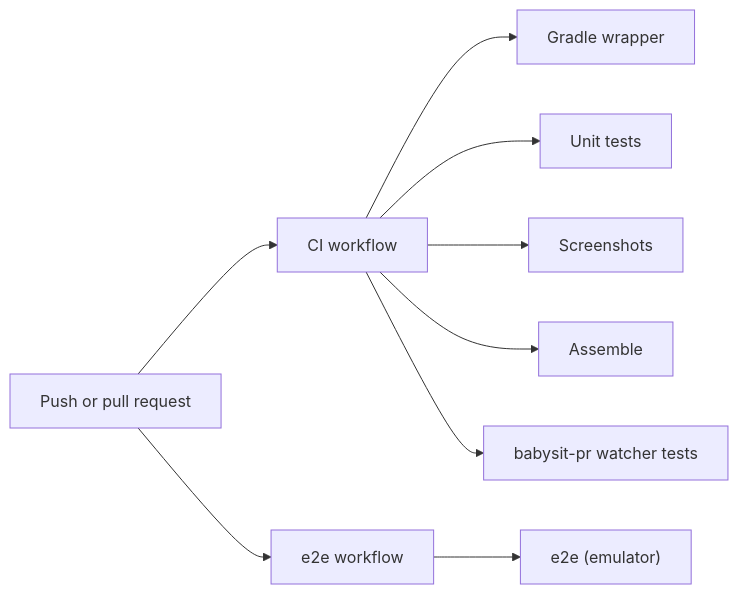
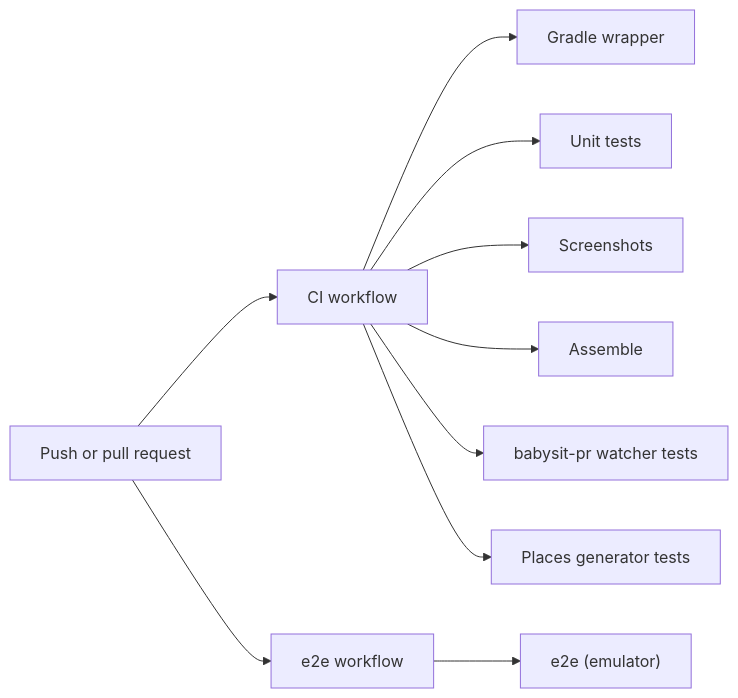
Before and after one commit to rock3r/clockblock: the first of 2 diagrams in docs/testing.md, drawn with Mermaid. The commit also changed other lines of this file and 7 other files, not shown here.

````diff
--- a/docs/testing.md
+++ b/docs/testing.md
@@ -116,11 +116,12 @@
 ```mermaid
 flowchart LR
     pr["Push or pull request"] --> ci["CI workflow"]
     pr --> e2ewf["e2e workflow"]
     ci --> wrapper["Gradle wrapper"]
     ci --> unit["Unit tests"]
     ci --> shots["Screenshots"]
     ci --> assemble["Assemble"]
     ci --> babysit["babysit-pr watcher tests"]
+    ci --> places["Places generator tests"]
     e2ewf --> e2e["e2e (emulator)"]
 ```
````
